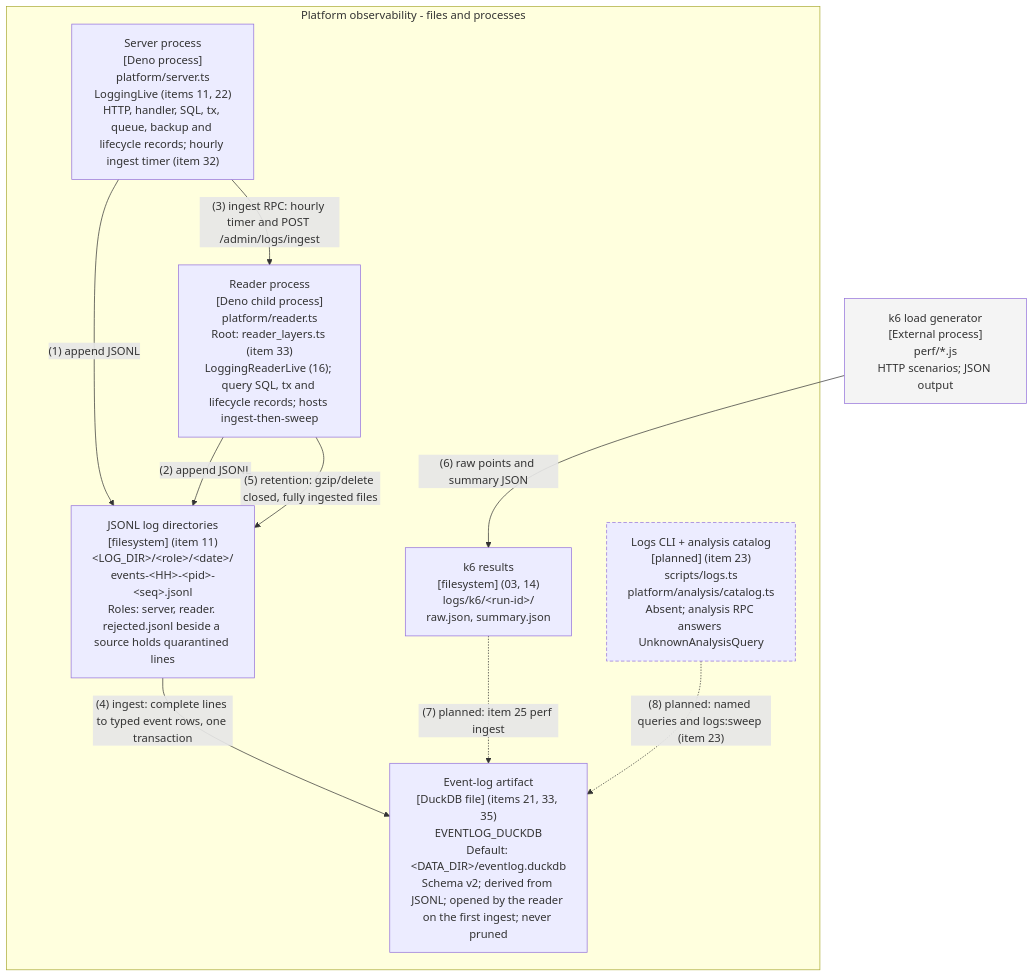
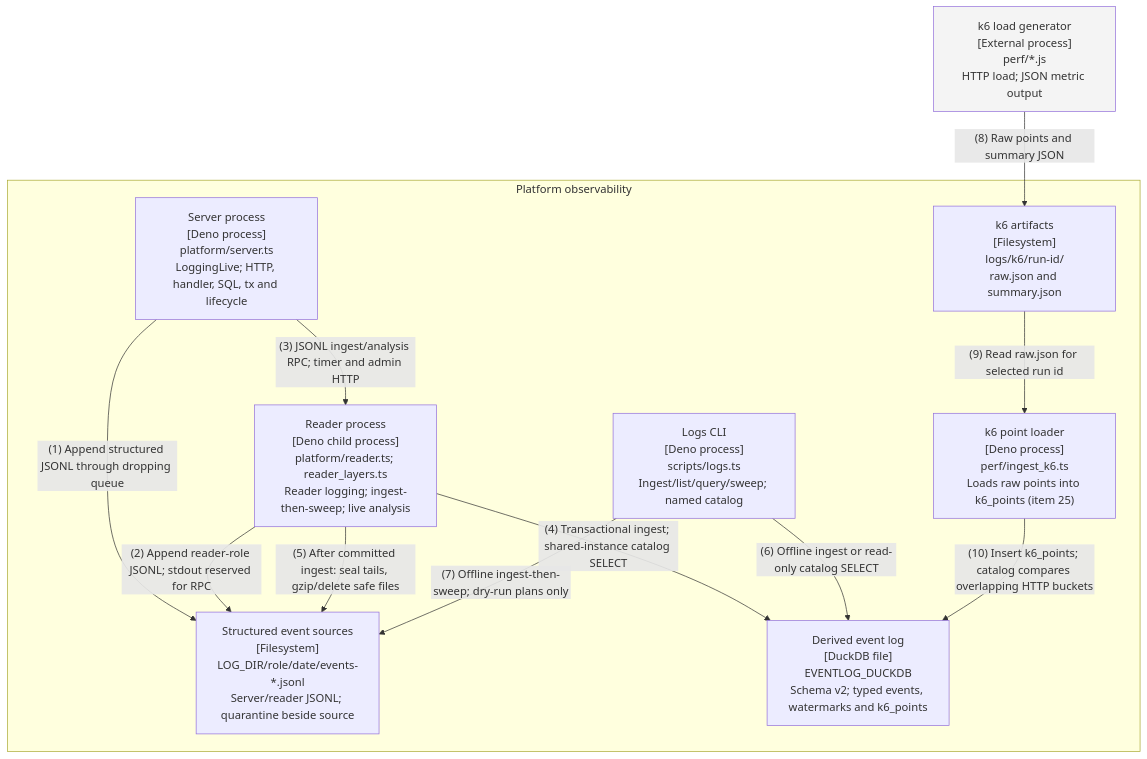
One commit to nickstrad/ts-db changed the diagram in docs/architecture/c4-container-observability.github.md. Above: the diagram before and after it, drawn with Mermaid. The commit also changed other lines of this file and 17 other files, not shown here.

````diff
--- a/docs/architecture/c4-container-observability.github.md
+++ b/docs/architecture/c4-container-observability.github.md
@@ -17,25 +7,27 @@
 ```mermaid
 flowchart TB
-    subgraph scope["Platform observability - files and processes"]
-        server["Server process<br/>[Deno process]<br/>platform/server.ts<br/>LoggingLive (items 11, 22)<br/>HTTP, handler, SQL, tx, queue, backup and lifecycle records; hourly ingest timer (item 32)"]
-        reader["Reader process<br/>[Deno child process]<br/>platform/reader.ts<br/>Root: reader_layers.ts (item 33)<br/>LoggingReaderLive (16); query SQL, tx and lifecycle records; hosts ingest-then-sweep"]
-        jsonl["JSONL log directories<br/>[filesystem] (item 11)<br/>&lt;LOG_DIR&gt;/&lt;role&gt;/&lt;date&gt;/<br/>events-&lt;HH&gt;-&lt;pid&gt;-<br/>&lt;seq&gt;.jsonl<br/>Roles: server, reader. rejected.jsonl beside a source holds quarantined lines"]
-        duck["Event-log artifact<br/>[DuckDB file] (items 21, 33, 35)<br/>EVENTLOG_DUCKDB<br/>Default: &lt;DATA_DIR&gt;/eventlog.duckdb<br/>Schema v2; derived from JSONL; opened by the reader on the first ingest; never pruned"]
-        results["k6 results<br/>[filesystem] (03, 14)<br/>logs/k6/&lt;run-id&gt;/<br/>raw.json, summary.json"]
-        cli["Logs CLI + analysis catalog<br/>[planned] (item 23)<br/>scripts/logs.ts<br/>platform/analysis/catalog.ts<br/>Absent; analysis RPC answers UnknownAnalysisQuery"]
+    subgraph platform["Platform observability"]
+        server["Server process<br/>[Deno process]<br/>platform/server.ts<br/>LoggingLive; HTTP, handler, SQL, tx and lifecycle"]
+        reader["Reader process<br/>[Deno child process]<br/>platform/reader.ts; reader_layers.ts<br/>Reader logging; ingest-then-sweep; live analysis"]
+        jsonl["Structured event sources<br/>[Filesystem]<br/>LOG_DIR/role/date/events-*.jsonl<br/>Server/reader JSONL; quarantine beside source"]
+        duck["Derived event log<br/>[DuckDB file]<br/>EVENTLOG_DUCKDB<br/>Schema v2; typed events, watermarks and k6_points"]
+        cli["Logs CLI<br/>[Deno process]<br/>scripts/logs.ts<br/>Ingest/list/query/sweep; named catalog"]
+        loader["k6 point loader<br/>[Deno process]<br/>perf/ingest_k6.ts<br/>Loads raw points into k6_points (item 25)"]
+        results["k6 artifacts<br/>[Filesystem]<br/>logs/k6/run-id/<br/>raw.json and summary.json"]
     end
-        k6["k6 load generator<br/>[External process]<br/>perf/*.js<br/>HTTP scenarios; JSON output"]
-    server -->|"(1) append JSONL"| jsonl
-    reader -->|"(2) append JSONL"| jsonl
-    server -->|"(3) ingest RPC: hourly timer and POST /admin/logs/ingest"| reader
-    jsonl -->|"(4) ingest: complete lines to typed event rows, one transaction"| duck
-    reader -->|"(5) retention: gzip/delete closed, fully ingested files"| jsonl
-    k6 -->|"(6) raw points and summary JSON"| results
-    results -.->|"(7) planned: item 25 perf ingest"| duck
-    cli -.->|"(8) planned: named queries and logs:sweep (item 23)"| duck
+        k6["k6 load generator<br/>[External process]<br/>perf/*.js<br/>HTTP load; JSON metric output"]
+    server -->|"(1) Append structured JSONL through dropping queue"| jsonl
+    reader -->|"(2) Append reader-role JSONL; stdout reserved for RPC"| jsonl
+    server -->|"(3) JSONL ingest/analysis RPC; timer and admin HTTP"| reader
+    reader -->|"(4) Transactional ingest; shared-instance catalog SELECT"| duck
+    reader -->|"(5) After committed ingest: seal tails, gzip/delete safe files"| jsonl
+    cli -->|"(6) Offline ingest or read-only catalog SELECT"| duck
+    cli -->|"(7) Offline ingest-then-sweep; dry-run plans only"| jsonl
+    k6 -->|"(8) Raw points and summary JSON"| results
+    results -->|"(9) Read raw.json for selected run id"| loader
+    loader -->|"(10) Insert k6_points; catalog compares overlapping HTTP buckets"| duck
     classDef planned stroke-dasharray: 5 3
     classDef person fill:#fff,stroke-width:2px
     classDef external fill:#f4f4f4
-    class cli planned
     class k6 external
 ```
````
